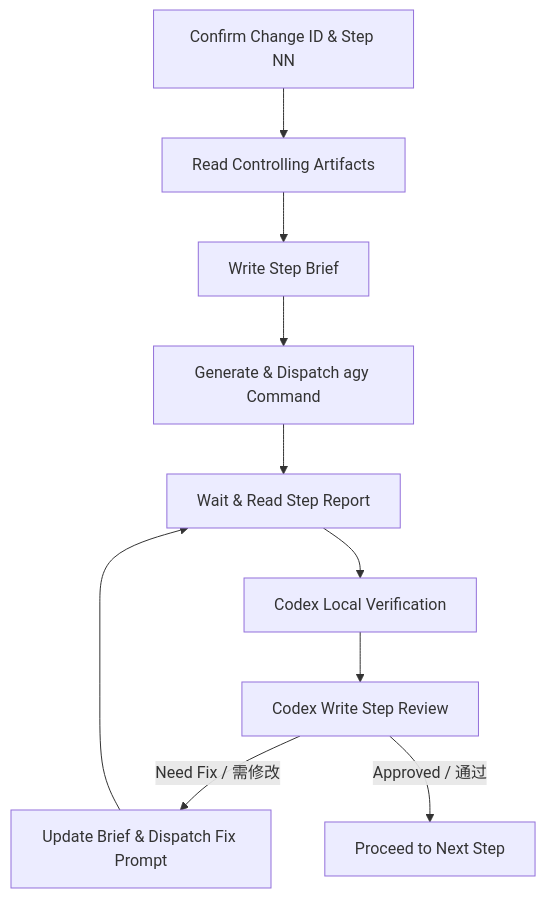
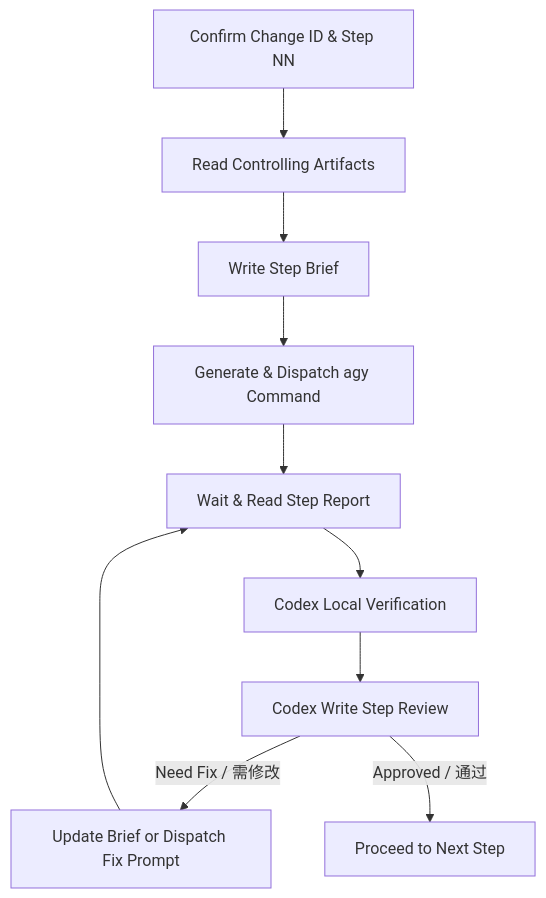
Before and after one commit to Liliang1123/codex-brief-antigravity-review: the diagram in SKILL.md, drawn with Mermaid. The commit also changed other lines of this file, not shown here.

````diff
--- a/SKILL.md
+++ b/SKILL.md
@@ -22,12 +25,12 @@
 ```mermaid
 graph TD
     A[Confirm Change ID & Step NN] --> B[Read Controlling Artifacts]
     B --> C[Write Step Brief]
     C --> D[Generate & Dispatch agy Command]
     D --> E[Wait & Read Step Report]
     E --> F[Codex Local Verification]
     F --> G[Codex Write Step Review]
-    G -->|Need Fix / 需修改| H[Update Brief & Dispatch Fix Prompt]
+    G -->|Need Fix / 需修改| H[Update Brief or Dispatch Fix Prompt]
     H --> E
     G -->|Approved / 通过| I[Proceed to Next Step]
 ```
````
